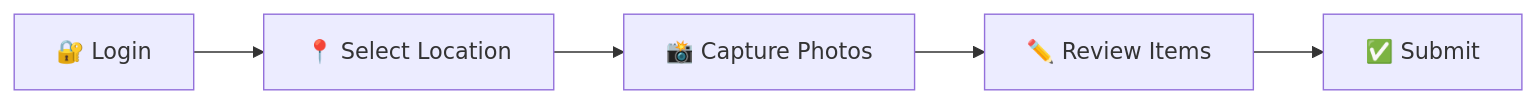
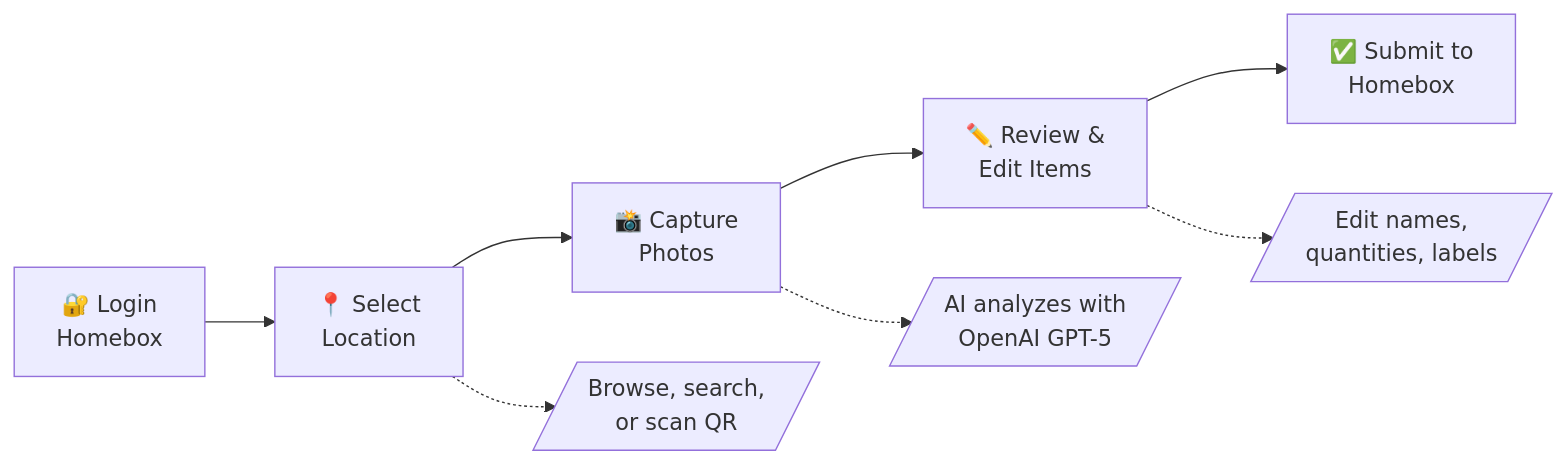
The diagram in README.md (Duelion/homebox-companion), drawn with Mermaid before and after one commit. The commit also changed other lines of this file, not shown here.

Commit message:
Add detailed "How It Works" diagram and instructions

````diff
--- a/README.md
+++ b/README.md
@@ -87,7 +13,11 @@
 ```mermaid
 flowchart LR
-    A[🔐 Login] --> B[📍 Select Location]
-    B --> C[📸 Capture Photos]
-    C --> D[✏️ Review Items]
-    D --> E[✅ Submit]
+    A[🔐 Login<br/>Homebox] --> B[📍 Select<br/>Location]
+    B --> C[📸 Capture<br/>Photos]
+    C --> D[✏️ Review &<br/>Edit Items]
+    D --> E[✅ Submit to<br/>Homebox]
+    
+    B -.-> B1[/Browse, search,<br/>or scan QR/]
+    C -.-> C1[/AI analyzes with<br/>OpenAI GPT-5/]
+    D -.-> D1[/Edit names,<br/>quantities, labels/]
 ```
````
